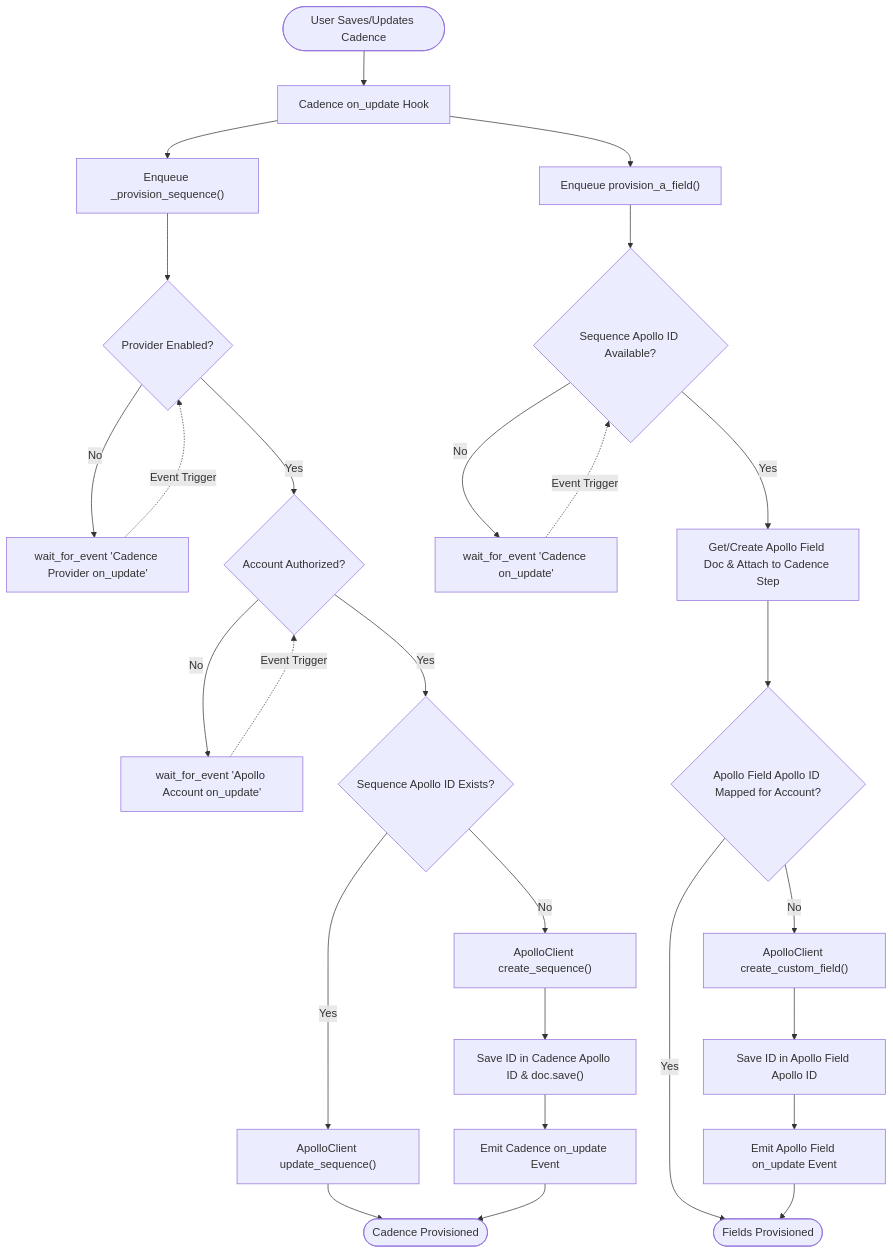
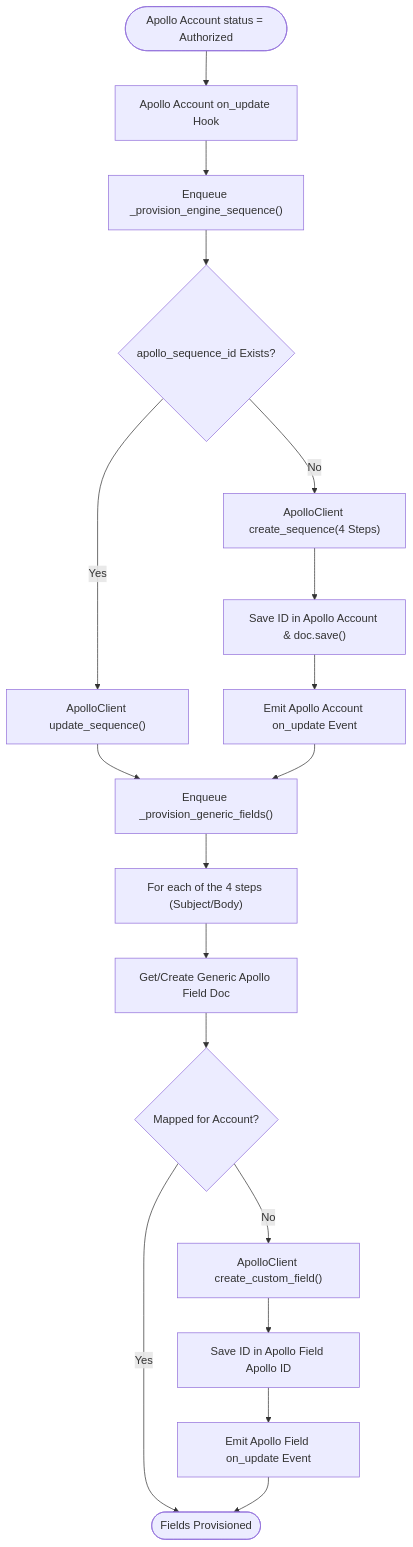
The diagram in docs/architecture/bpmn/03-cadence-provisioning.md (aurumorcom/frappe-apollo), drawn with Mermaid before and after one commit. The commit also changed other lines of this file and 13 other files, not shown here.

First line of the commit message:
docs: refactor architecture for single sequence engine

````diff
--- a/docs/architecture/bpmn/03-cadence-provisioning.md
+++ b/docs/architecture/bpmn/03-cadence-provisioning.md
@@ -10,33 +10,24 @@
 ```mermaid
 flowchart TD
-    CadenceSaved(["User Saves/Updates Cadence"]) --> OnUpdateCadence["Cadence on_update Hook"]
-    OnUpdateCadence --> EnqueueSeqProv["Enqueue _provision_sequence()"]
-    OnUpdateCadence --> EnqueueFieldProv["Enqueue provision_a_field()"]
+    AccountAuth(["Apollo Account status = Authorized"]) --> OnUpdateAccount["Apollo Account on_update Hook"]
+    OnUpdateAccount --> EnqueueSeqProv["Enqueue _provision_engine_sequence()"]
     
-    %% Sequence Provisioning Loop
-    EnqueueSeqProv --> CheckProvEnabled{"Provider Enabled?"}
-    CheckProvEnabled -- No --> WaitProvEnable["wait_for_event 'Cadence Provider on_update'"]
-    WaitProvEnable -. Event Trigger .-> CheckProvEnabled
-    CheckProvEnabled -- Yes --> CheckAccountAuth{"Account Authorized?"}
-    CheckAccountAuth -- No --> WaitAccountAuth["wait_for_event 'Apollo Account on_update'"]
-    WaitAccountAuth -. Event Trigger .-> CheckAccountAuth
-    CheckAccountAuth -- Yes --> CheckSeqExists{"Sequence Apollo ID Exists?"}
+    %% Engine Sequence Provisioning Loop
+    EnqueueSeqProv --> CheckSeqExists{"apollo_sequence_id Exists?"}
     CheckSeqExists -- Yes --> UpdateSeq["ApolloClient update_sequence()"]
-    CheckSeqExists -- No --> CreateSeq["ApolloClient create_sequence()"]
-    CreateSeq --> SaveSeqID["Save ID in Cadence Apollo ID & doc.save()"]
-    SaveSeqID --> EmitCadenceUpdate["Emit Cadence on_update Event"]
-    UpdateSeq --> EndCadenceProv(["Cadence Provisioned"])
-    EmitCadenceUpdate --> EndCadenceProv
+    CheckSeqExists -- No --> CreateSeq["ApolloClient create_sequence(4 Steps)"]
+    CreateSeq --> SaveSeqID["Save ID in Apollo Account & doc.save()"]
+    SaveSeqID --> EmitAccountUpdate["Emit Apollo Account on_update Event"]
+    UpdateSeq --> EnqueueFieldProv["Enqueue _provision_generic_fields()"]
+    EmitAccountUpdate --> EnqueueFieldProv
     
-    %% Field Provisioning Loop
-    EnqueueFieldProv --> CheckSeqIDReady{"Sequence Apollo ID Available?"}
-    CheckSeqIDReady -- No --> WaitCadenceSeq["wait_for_event 'Cadence on_update'"]
-    WaitCadenceSeq -. Event Trigger .-> CheckSeqIDReady
-    CheckSeqIDReady -- Yes --> GetOrCreateField["Get/Create Apollo Field Doc & Attach to Cadence Step"]
-    GetOrCreateField --> CheckFieldMap{"Apollo Field Apollo ID Mapped for Account?"}
+    %% Generic Field Provisioning Loop (e.g., subject_step_1, body_step_1)
+    EnqueueFieldProv --> LoopFields["For each of the 4 steps (Subject/Body)"]
+    LoopFields --> GetOrCreateField["Get/Create Generic Apollo Field Doc"]
+    GetOrCreateField --> CheckFieldMap{"Mapped for Account?"}
     CheckFieldMap -- Yes --> EndFieldProv(["Fields Provisioned"])
     CheckFieldMap -- No --> CreateCustomField["ApolloClient create_custom_field()"]
     CreateCustomField --> SaveFieldMap["Save ID in Apollo Field Apollo ID"]
     SaveFieldMap --> EmitFieldUpdate["Emit Apollo Field on_update Event"]
     EmitFieldUpdate --> EndFieldProv
 ```
````
